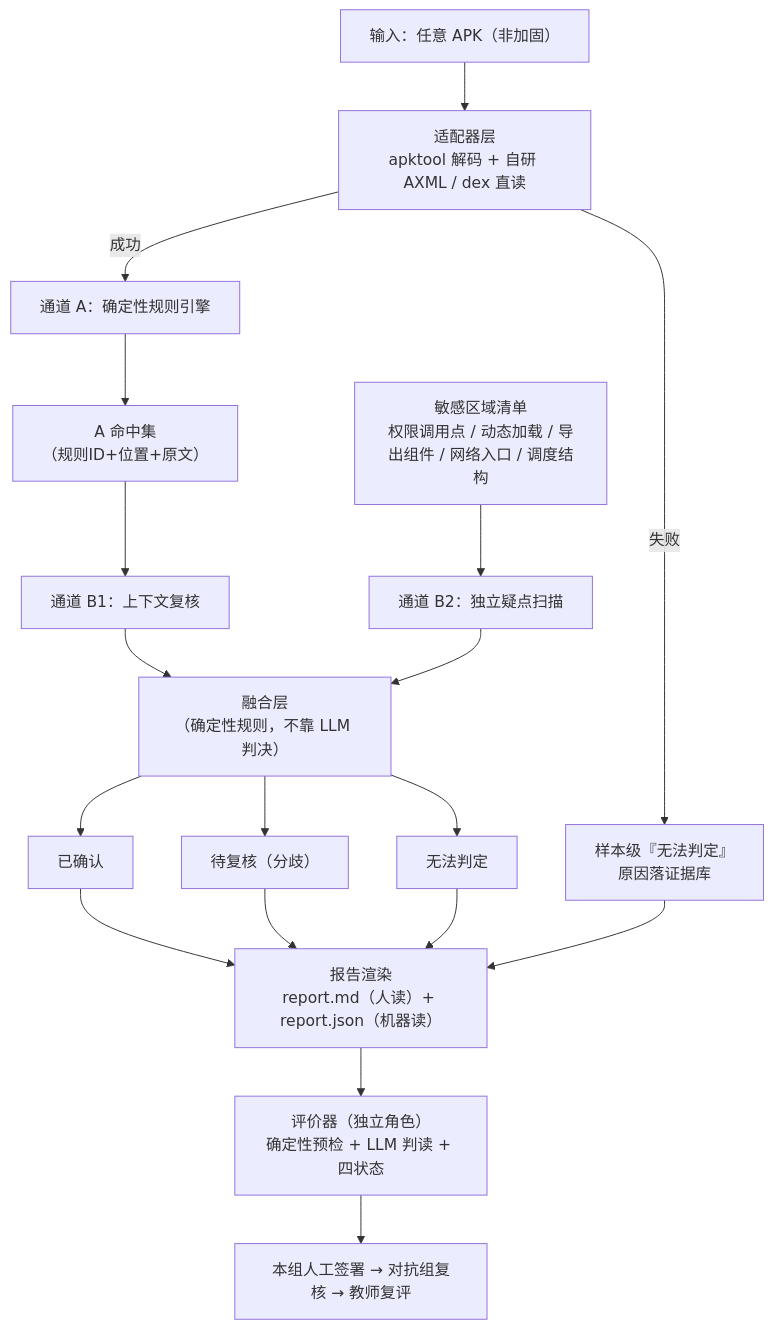
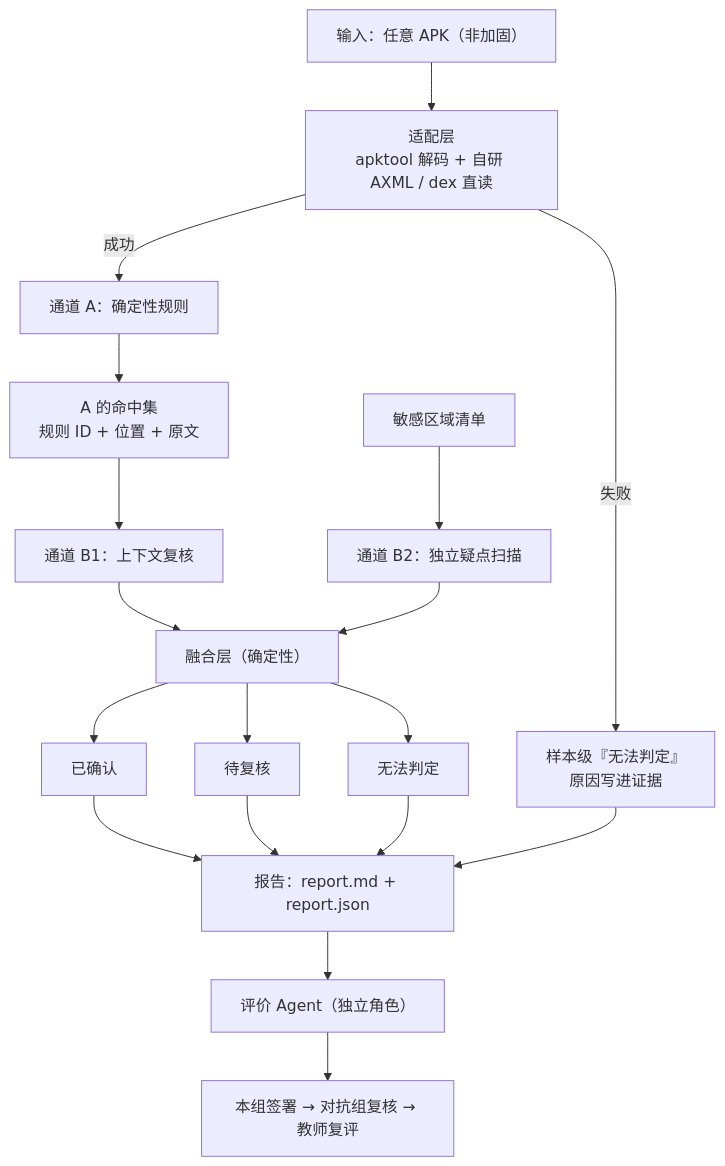
One commit to zzyxs05/professional changed the diagram in 总档.md. Above: the diagram before and after it, drawn with Mermaid. The commit also changed other lines of this file and 8 other files, not shown here.

````diff
--- a/总档.md
+++ b/总档.md
@@ -126,20 +126,20 @@
 ```mermaid
 flowchart TD
-    IN["输入：任意 APK（非加固）"] --> AD["适配器层<br/>apktool 解码 + 自研 AXML / dex 直读"]
-    AD -->|"成功"| A["通道 A：确定性规则引擎"]
-    AD -->|"失败"| L0["样本级『无法判定』<br/>原因落证据库"]
-    A --> HITS["A 命中集<br/>（规则ID+位置+原文）"]
+    IN["输入：任意 APK（非加固）"] --> AD["适配层<br/>apktool 解码 + 自研 AXML / dex 直读"]
+    AD -->|成功| A["通道 A：确定性规则"]
+    AD -->|失败| L0["样本级『无法判定』<br/>原因写进证据"]
+    A --> HITS["A 的命中集<br/>规则 ID + 位置 + 原文"]
     HITS --> B1["通道 B1：上下文复核"]
-    AREA["敏感区域清单<br/>权限调用点 / 动态加载 / 导出组件 / 网络入口 / 调度结构"] --> B2["通道 B2：独立疑点扫描"]
-    B1 --> FUS["融合层<br/>（确定性规则，不靠 LLM 判决）"]
+    AREA["敏感区域清单"] --> B2["通道 B2：独立疑点扫描"]
+    B1 --> FUS["融合层（确定性）"]
     B2 --> FUS
     FUS --> D1["已确认"]
-    FUS --> D2["待复核（分歧）"]
+    FUS --> D2["待复核"]
     FUS --> D3["无法判定"]
-    D1 --> REP["报告渲染<br/>report.md（人读）+ report.json（机器读）"]
+    D1 --> REP["报告：report.md + report.json"]
     D2 --> REP
     D3 --> REP
-    REP --> EV["评价器（独立角色）<br/>确定性预检 + LLM 判读 + 四状态"]
-    EV --> SIGN["本组人工签署 → 对抗组复核 → 教师复评"]
+    REP --> EV["评价 Agent（独立角色）"]
+    EV --> SIGN["本组签署 → 对抗组复核 → 教师复评"]
     L0 --> REP
 ```
````
